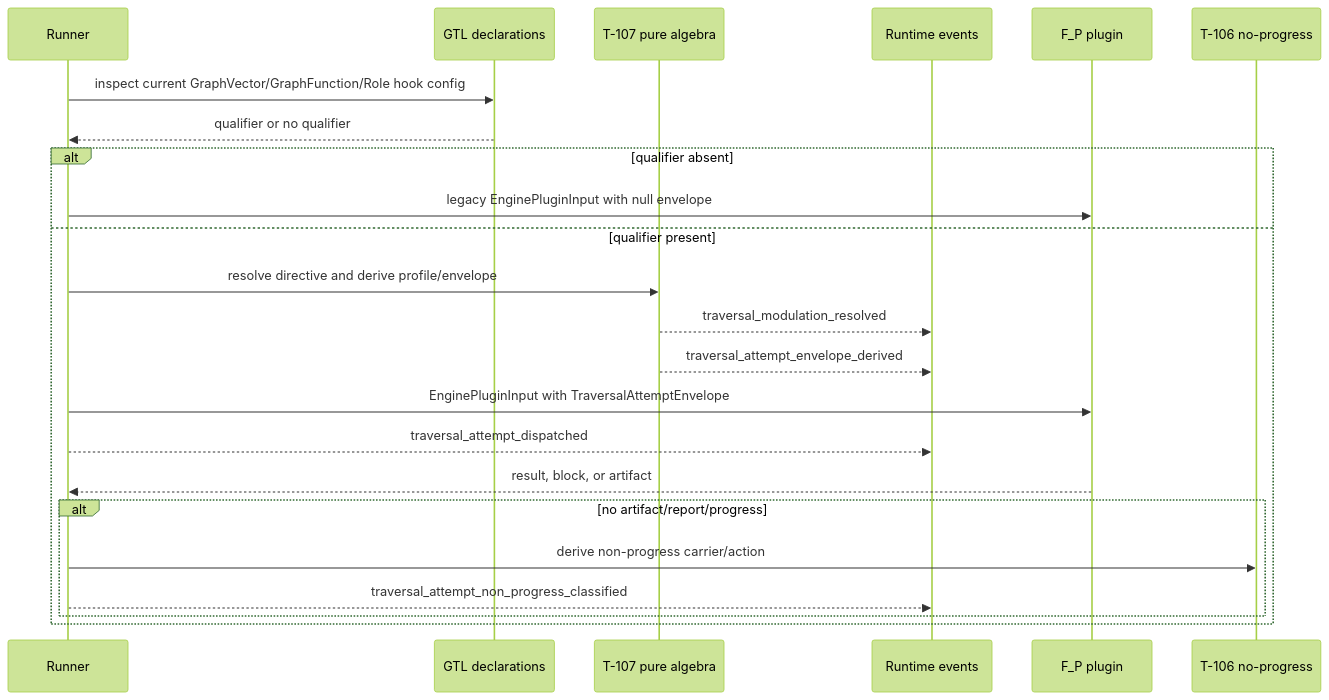
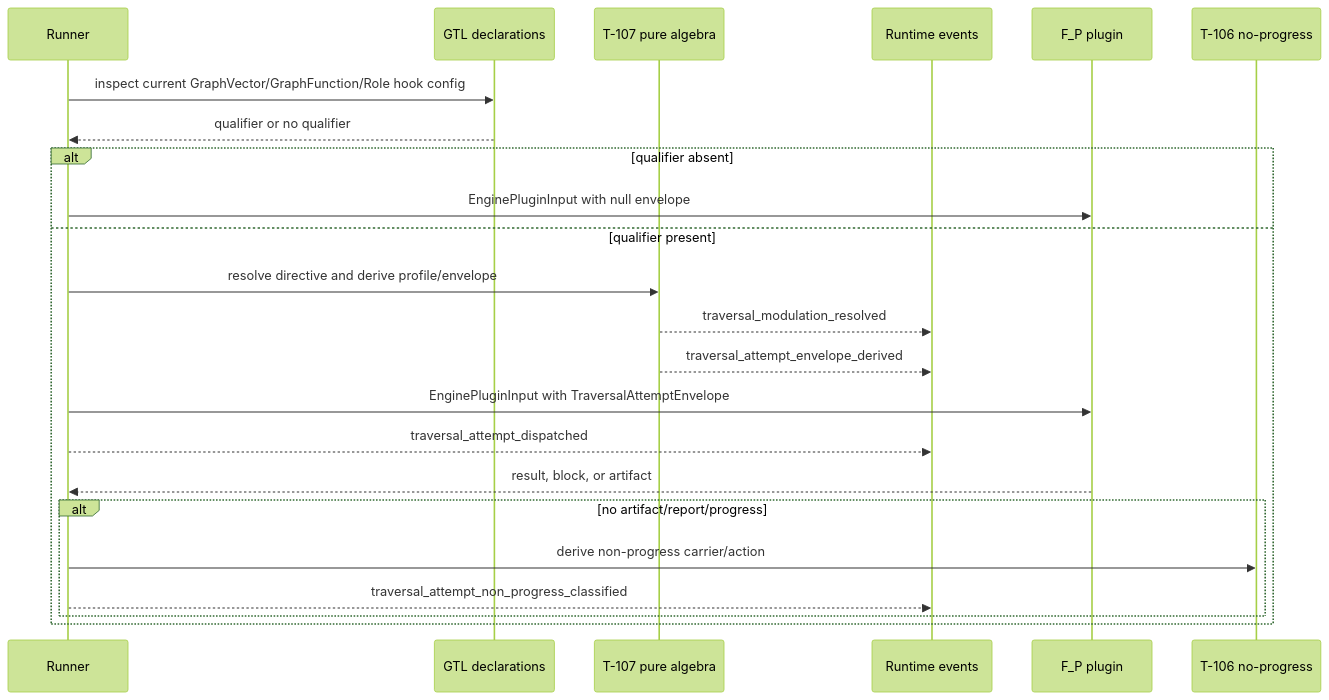
Before and after one commit to foolishimp/abiogenesis: the first of 2 diagrams in build_tenants/abiogenesis/typescript/design/M03_TRAVERSAL_MODULATION_DERIVATION.md, drawn with Mermaid (forest theme). The commit also changed other lines of this file and 61 other files, not shown here.

````diff
--- a/build_tenants/abiogenesis/typescript/design/M03_TRAVERSAL_MODULATION_DERIVATION.md
+++ b/build_tenants/abiogenesis/typescript/design/M03_TRAVERSAL_MODULATION_DERIVATION.md
@@ -168,26 +170,26 @@
 ```mermaid
 sequenceDiagram
   participant Runner
   participant GTL as GTL declarations
   participant T107 as T-107 pure algebra
   participant Events as Runtime events
   participant Plugin as F_P plugin
   participant T106 as T-106 no-progress
 
   Runner->>GTL: inspect current GraphVector/GraphFunction/Role hook config
   GTL-->>Runner: qualifier or no qualifier
   alt qualifier absent
-    Runner->>Plugin: legacy EnginePluginInput with null envelope
+    Runner->>Plugin: EnginePluginInput with null envelope
   else qualifier present
     Runner->>T107: resolve directive and derive profile/envelope
     T107-->>Events: traversal_modulation_resolved
     T107-->>Events: traversal_attempt_envelope_derived
     Runner->>Plugin: EnginePluginInput with TraversalAttemptEnvelope
     Runner-->>Events: traversal_attempt_dispatched
     Plugin-->>Runner: result, block, or artifact
     alt no artifact/report/progress
       Runner->>T106: derive non-progress carrier/action
       Runner-->>Events: traversal_attempt_non_progress_classified
     end
   end
 ```
````
